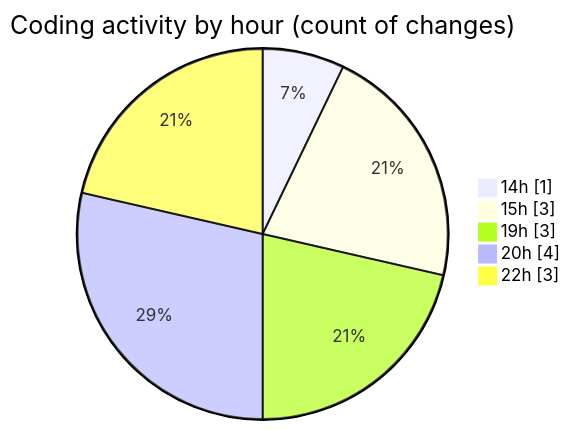
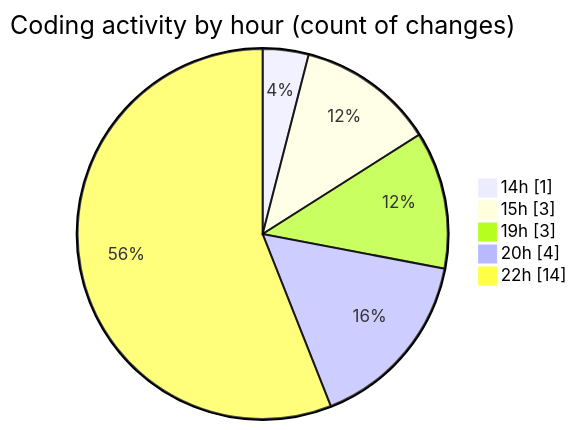
The second of 2 diagrams in 2026-03-02/shadcn-admin-kit-main__workspace_/README.md (jadenblack/code-tracking), drawn with Mermaid before and after one commit. The commit also changed other lines of this file and 1 other file, not shown here.

````diff
--- a/2026-03-02/shadcn-admin-kit-main__workspace_/README.md
+++ b/2026-03-02/shadcn-admin-kit-main__workspace_/README.md
@@ -35,9 +35,9 @@
 ```mermaid
 pie showData
 title Coding activity by hour (count of changes)
 "14h" : 1
 "15h" : 3
 "19h" : 3
 "20h" : 4
-"22h" : 3
+"22h" : 14
 ```
````
